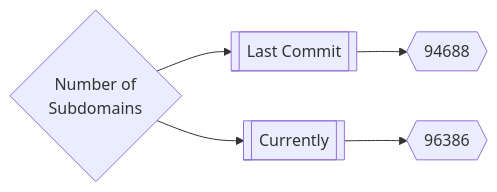
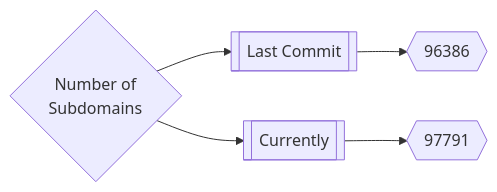
One commit to trickest/inventory changed the first of 3 diagrams in README.md. Above: the diagram before and after it, drawn with Mermaid. The commit also changed other lines of this file and 90 other files, not shown here.

````diff
--- a/README.md
+++ b/README.md
@@ -165,5 +165,5 @@
 ```mermaid
 graph LR
-title{Number of<br>Subdomains} --> subdomainsDate1[[Last Commit]] --> subdomainsNum1{{94688}}
-title --> subdomainsDate2[[Currently]] --> subdomainsNum2{{96386}}
+title{Number of<br>Subdomains} --> subdomainsDate1[[Last Commit]] --> subdomainsNum1{{96386}}
+title --> subdomainsDate2[[Currently]] --> subdomainsNum2{{97791}}
 ```
````
